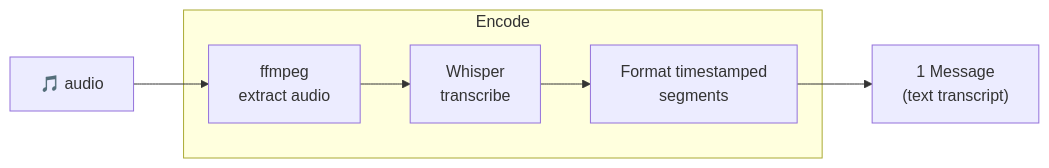
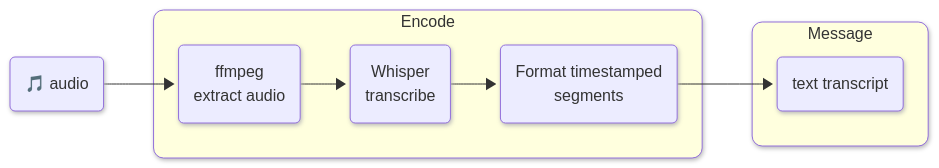
One commit to vlm-run/mm changed diagram 11 of 17 in docs/ENCODERS.md. Above: the diagram before and after it, drawn with Mermaid. The commit also changed other lines of this file and 1 other file, not shown here.

Commit message:
Use a proper message block with subgroups (#146)

````diff
--- a/docs/ENCODERS.md
+++ b/docs/ENCODERS.md
@@ -253,14 +303,19 @@
 ```mermaid
+%%{init: {'look': 'neo'} }%%
 graph LR
-  audio["🎵 audio"]
+  audio("🎵 audio")
 
   subgraph encode ["Encode"]
-    extract["ffmpeg\nextract audio"]
-    whisper["Whisper\ntranscribe"]
-    fmt["Format timestamped\nsegments"]
+    extract("ffmpeg\nextract audio")
+    whisper("Whisper\ntranscribe")
+    fmt("Format timestamped\nsegments")
   end
 
-  msg["1 Message\n(text transcript)"]
+  subgraph message ["Message"]
+    msg("text transcript")
+  end
 
   audio --> extract --> whisper --> fmt --> msg
+  style encode rx:10px,ry:10px
+  style message rx:10px,ry:10px
 ```
````
